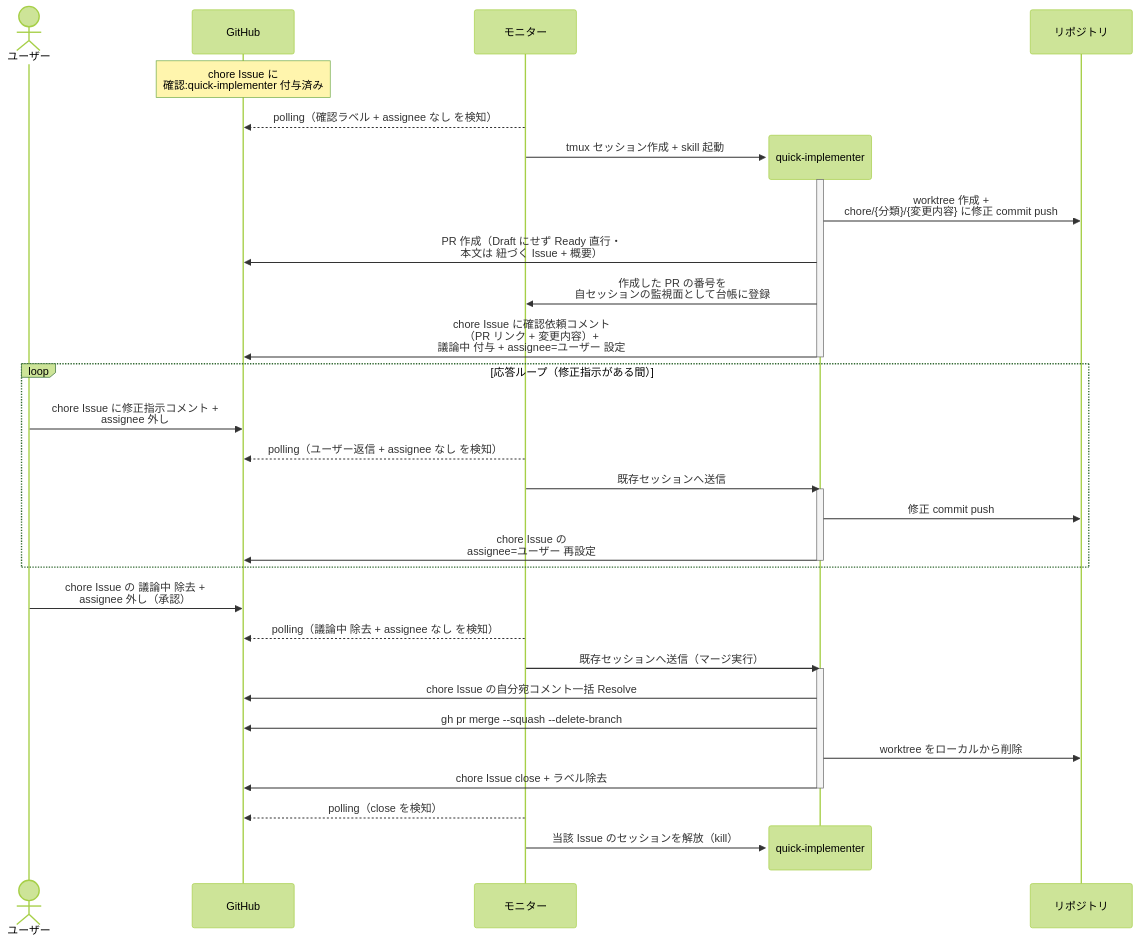
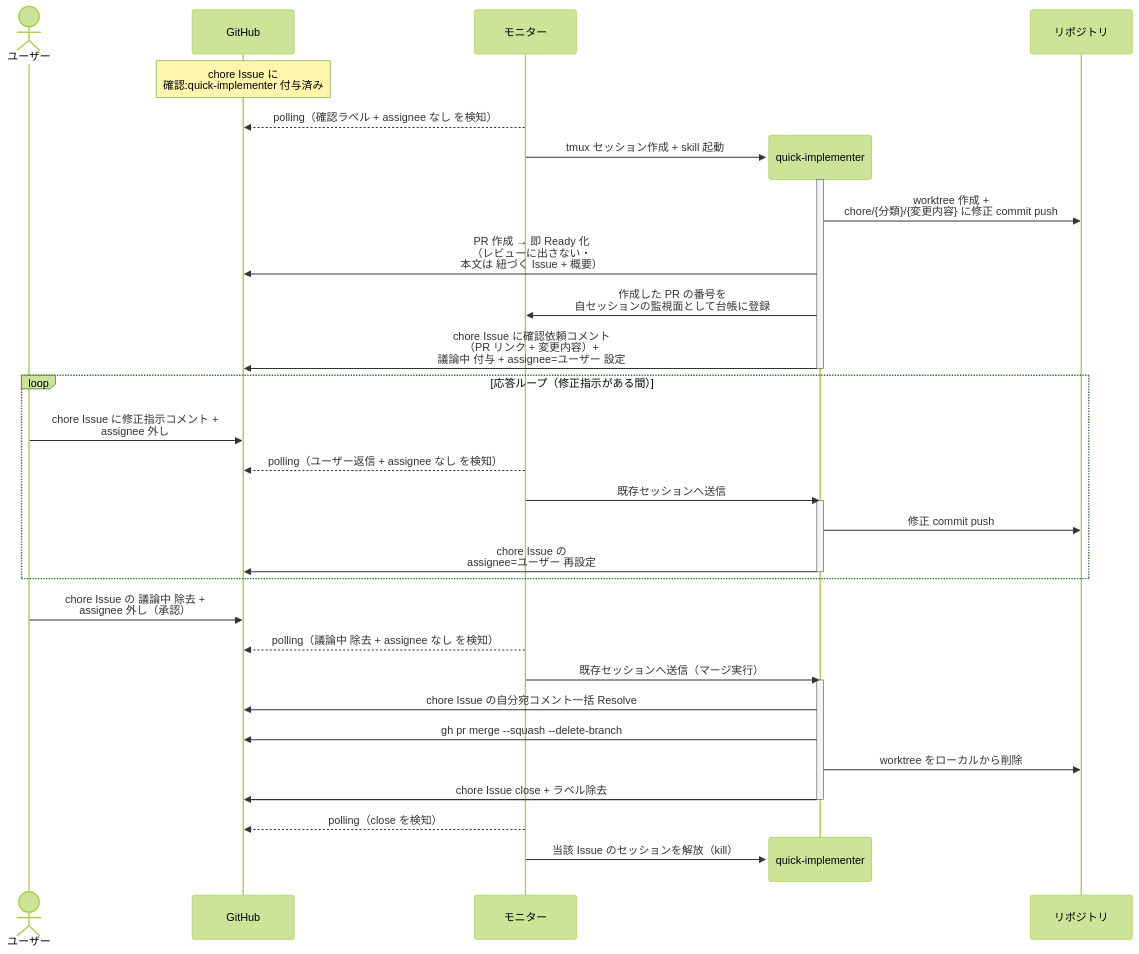
Before and after one commit to shuhei1101/ai-monitor: the first of 2 diagrams in docs/wiki/設計図/シナリオ/単一ユースケース/軽微修正の直接マージ.md, drawn with Mermaid (forest theme). The commit also changed other lines of this file and 28 other files, not shown here.

````diff
--- a/docs/wiki/設計図/シナリオ/単一ユースケース/軽微修正の直接マージ.md
+++ b/docs/wiki/設計図/シナリオ/単一ユースケース/軽微修正の直接マージ.md
@@ -24,41 +26,41 @@
 ```mermaid
 sequenceDiagram
   actor U as ユーザー
   participant GH as GitHub
   participant ORC as モニター
 
   Note over GH: chore Issue に<br>確認:quick-implementer 付与済み
   ORC-->>GH: polling（確認ラベル + assignee なし を検知）
   create participant MON as quick-implementer
   ORC->>MON: tmux セッション作成 + skill 起動
   participant REPO as リポジトリ
   activate MON
   MON->>REPO: worktree 作成 +<br>chore/{分類}/{変更内容} に修正 commit push
-  MON->>GH: PR 作成（Draft にせず Ready 直行・<br>本文は 紐づく Issue + 概要）
+  MON->>GH: PR 作成 → 即 Ready 化<br>（レビューに出さない・<br>本文は 紐づく Issue + 概要）
   MON->>ORC: 作成した PR の番号を<br>自セッションの監視面として台帳に登録
   MON->>GH: chore Issue に確認依頼コメント<br>（PR リンク + 変更内容）+<br>議論中 付与 + assignee=ユーザー 設定
   deactivate MON
 
   loop 応答ループ（修正指示がある間）
     U->>GH: chore Issue に修正指示コメント +<br>assignee 外し
     ORC-->>GH: polling（ユーザー返信 + assignee なし を検知）
     ORC->>MON: 既存セッションへ送信
     activate MON
     MON->>REPO: 修正 commit push
     MON->>GH: chore Issue の<br>assignee=ユーザー 再設定
     deactivate MON
   end
 
   U->>GH: chore Issue の 議論中 除去 +<br>assignee 外し（承認）
   ORC-->>GH: polling（議論中 除去 + assignee なし を検知）
   ORC->>MON: 既存セッションへ送信（マージ実行）
   activate MON
   MON->>GH: chore Issue の自分宛コメント一括 Resolve
   MON->>GH: gh pr merge --squash --delete-branch
   MON->>REPO: worktree をローカルから削除
   MON->>GH: chore Issue close + ラベル除去
   deactivate MON
   ORC-->>GH: polling（close を検知）
   destroy MON
   ORC->>MON: 当該 Issue のセッションを解放（kill）
 ```
````
